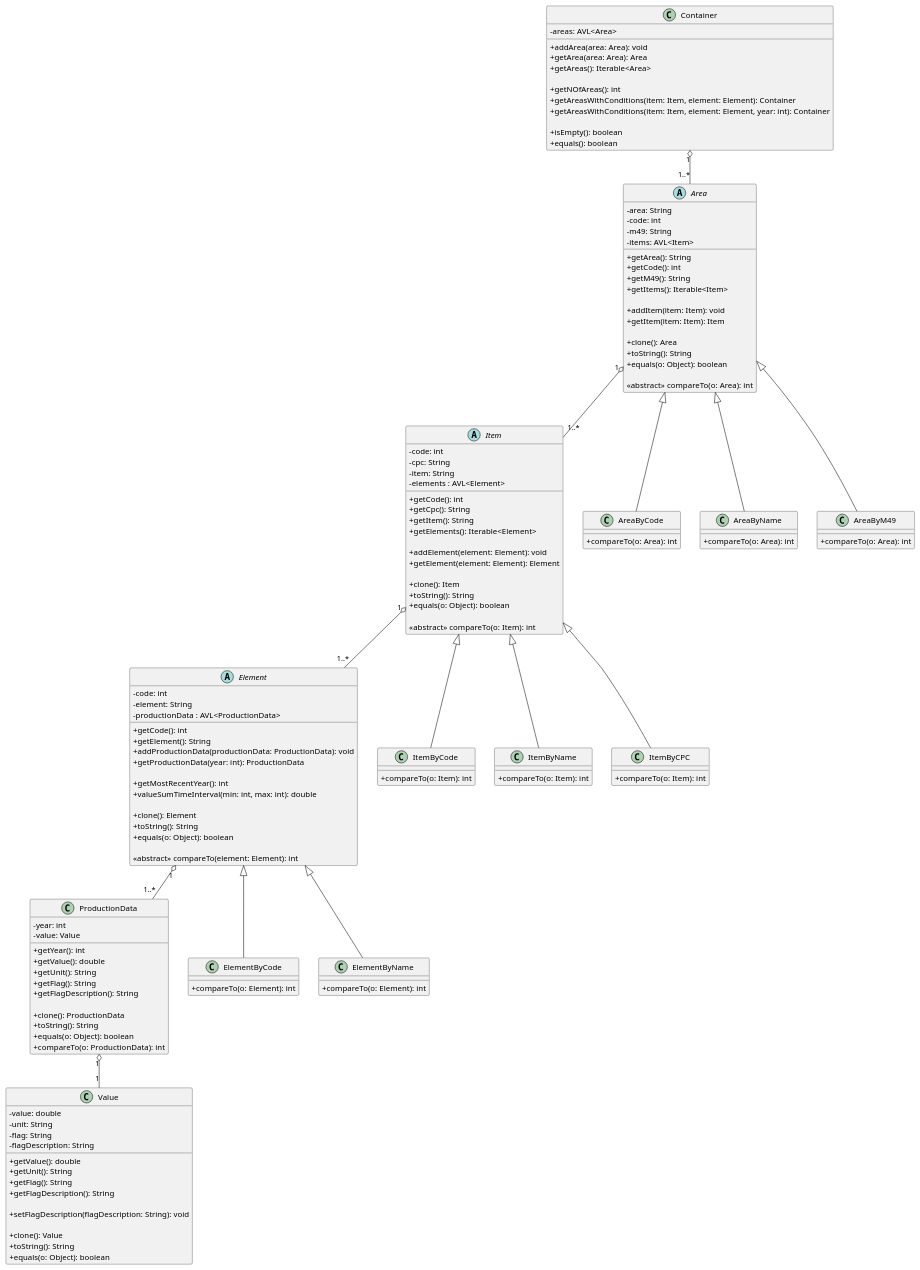
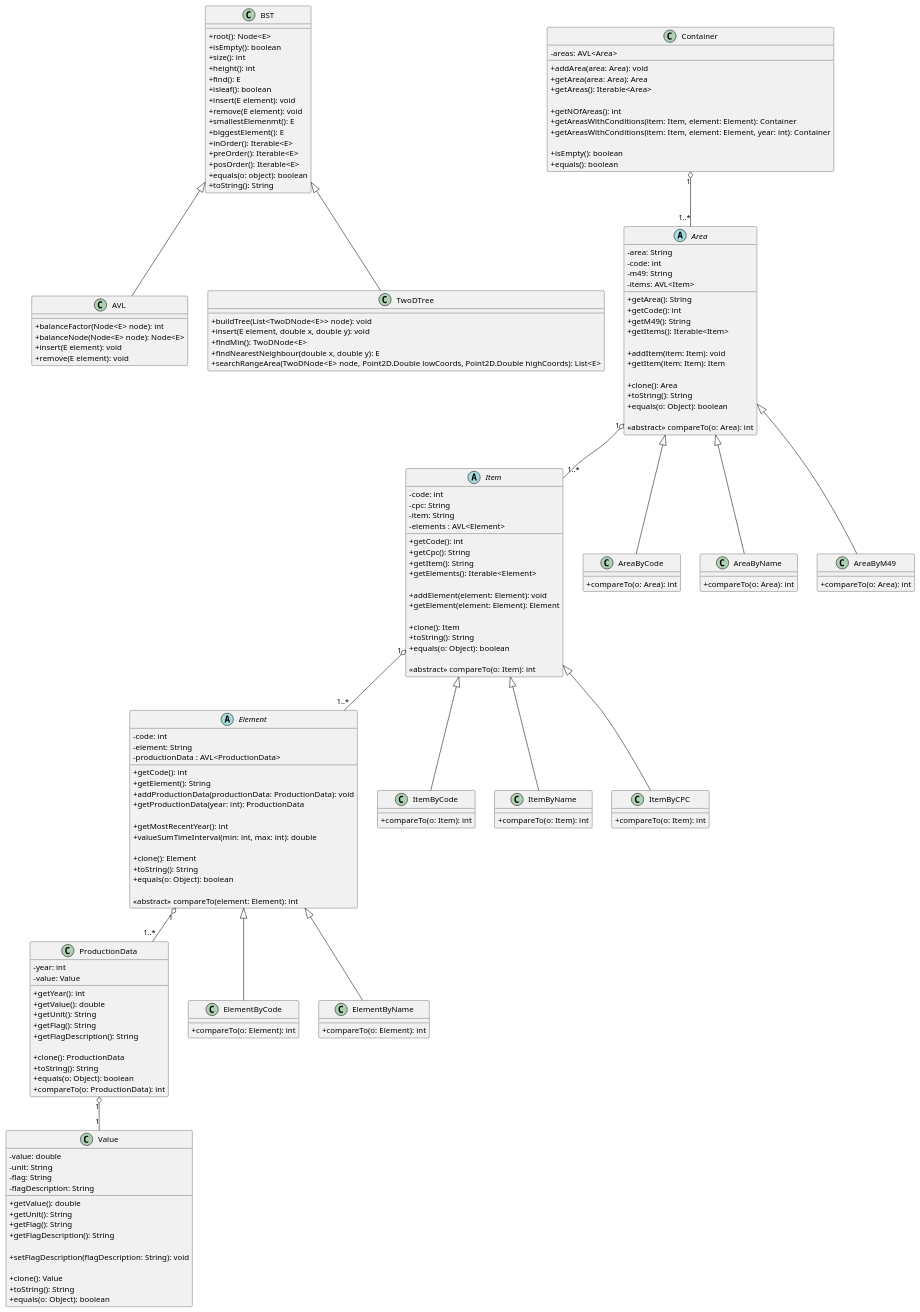
The diagram in docs/CD.puml (ricardo177m/esinf-trab02), drawn with PlantUML before and after one commit. The commit also changed 2 other files, not shown here.

Commit message:
docs: updated class diagram

```diff
--- a/docs/CD.puml
+++ b/docs/CD.puml
@@ -1,160 +1,199 @@
 @startuml CD
 skinparam classAttributeIconSize 0
+
+class BST {
+  +root(): Node<E>
+  +isEmpty(): boolean
+  +size(): int
+  +height(): int
+  +find(): E
+  +isleaf(): boolean
+  +insert(E element): void
+  +remove(E element): void
+  +smallestElemenmt(): E
+  +biggestElement(): E
+  +inOrder(): Iterable<E>
+  +preOrder(): Iterable<E>
+  +posOrder(): Iterable<E>
+  +equals(o: object): boolean
+  +toString(): String
+}
+
+class AVL {
+  +balanceFactor(Node<E> node): int
+  +balanceNode(Node<E> node): Node<E>
+  +insert(E element): void
+  +remove(E element): void
+
+}
+
+class TwoDTree {
+  +buildTree(List<TwoDNode<E>> node): void
+  +insert(E element, double x, double y): void
+  +findMin(): TwoDNode<E>
+  +findNearestNeighbour(double x, double y): E
+  +searchRangeArea(TwoDNode<E> node, Point2D.Double lowCoords, Point2D.Double highCoords): List<E>
+
+
+}
 
 abstract Area {
   - area: String
   - code: int
   - m49: String
   - items: AVL<Item>
 
   + getArea(): String
   + getCode(): int
   + getM49(): String
   + getItems(): Iterable<Item>
 
   + addItem(item: Item): void
   + getItem(item: Item): Item
 
   + clone(): Area
   + toString(): String
   + equals(o: Object): boolean
 
   <<abstract>> compareTo(o: Area): int
 }
 
 abstract Item {
   - code: int
   - cpc: String
   - item: String
   - elements : AVL<Element>
 
   + getCode(): int
   + getCpc(): String
   + getItem(): String
   + getElements(): Iterable<Element>
 
   + addElement(element: Element): void
   + getElement(element: Element): Element
 
   + clone(): Item
   + toString(): String
   + equals(o: Object): boolean
 
   <<abstract>> compareTo(o: Item): int
 }
 
 abstract Element {
   - code: int
   - element: String
   - productionData : AVL<ProductionData>
 
   + getCode(): int
   + getElement(): String
   + addProductionData(productionData: ProductionData): void
   + getProductionData(year: int): ProductionData
 
   + getMostRecentYear(): int
   + valueSumTimeInterval(min: int, max: int): double
 
   + clone(): Element
   + toString(): String
   + equals(o: Object): boolean
 
   <<abstract>> compareTo(element: Element): int
 }
 
 class ProductionData {
   - year: int
   - value: Value
 
   + getYear(): int
   + getValue(): double
   + getUnit(): String
   + getFlag(): String
   + getFlagDescription(): String
 
   + clone(): ProductionData
   + toString(): String
   + equals(o: Object): boolean
   + compareTo(o: ProductionData): int
 }
 
 class Value {
   - value: double
   - unit: String
   - flag: String
   - flagDescription: String
 
   + getValue(): double
   + getUnit(): String
   + getFlag(): String
   + getFlagDescription(): String
 
   + setFlagDescription(flagDescription: String): void
 
   + clone(): Value
   + toString(): String
   + equals(o: Object): boolean
 }
 
 class Container {
   - areas: AVL<Area>
 
   + addArea(area: Area): void
   + getArea(area: Area): Area
   + getAreas(): Iterable<Area>
 
   + getNOfAreas(): int
   + getAreasWithConditions(item: Item, element: Element): Container
   + getAreasWithConditions(item: Item, element: Element, year: int): Container
 
   + isEmpty(): boolean
   + equals(): boolean
 }
 
 Container "1" o-- "1..*" Area
 Area "1" o-- "1..*" Item
 Item "1" o-- "1..*" Element
 Element "1" o-- "1..*" ProductionData
 ProductionData "1" o-- "1" Value
 
 class AreaByCode {
   + compareTo(o: Area): int
 
 }
 class AreaByName {
   + compareTo(o: Area): int
 }
 class AreaByM49 {
   + compareTo(o: Area): int
 }
 
 class ItemByCode {
   + compareTo(o: Item): int
 }
 class ItemByName {
   + compareTo(o: Item): int
 }
 class ItemByCPC {
   + compareTo(o: Item): int
 }
 
 class ElementByCode {
   + compareTo(o: Element): int
 }
 class ElementByName {
   + compareTo(o: Element): int
 }
 
 Area <|-- AreaByCode
 Area <|-- AreaByName
 Area <|-- AreaByM49
 
 Item <|-- ItemByCode
 Item <|-- ItemByName
 Item <|-- ItemByCPC
 
 Element <|-- ElementByCode
 Element <|-- ElementByName
 
+BST <|-- AVL
+BST <|-- TwoDTree
+
 @enduml
```
